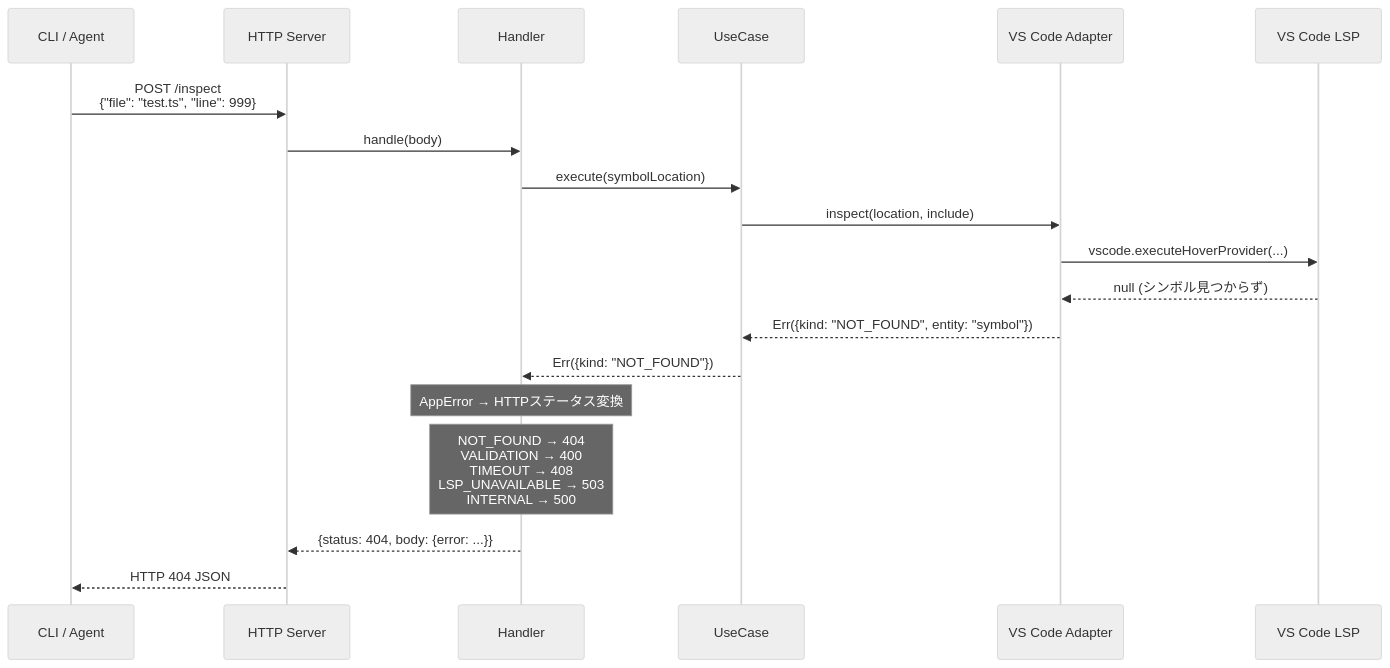
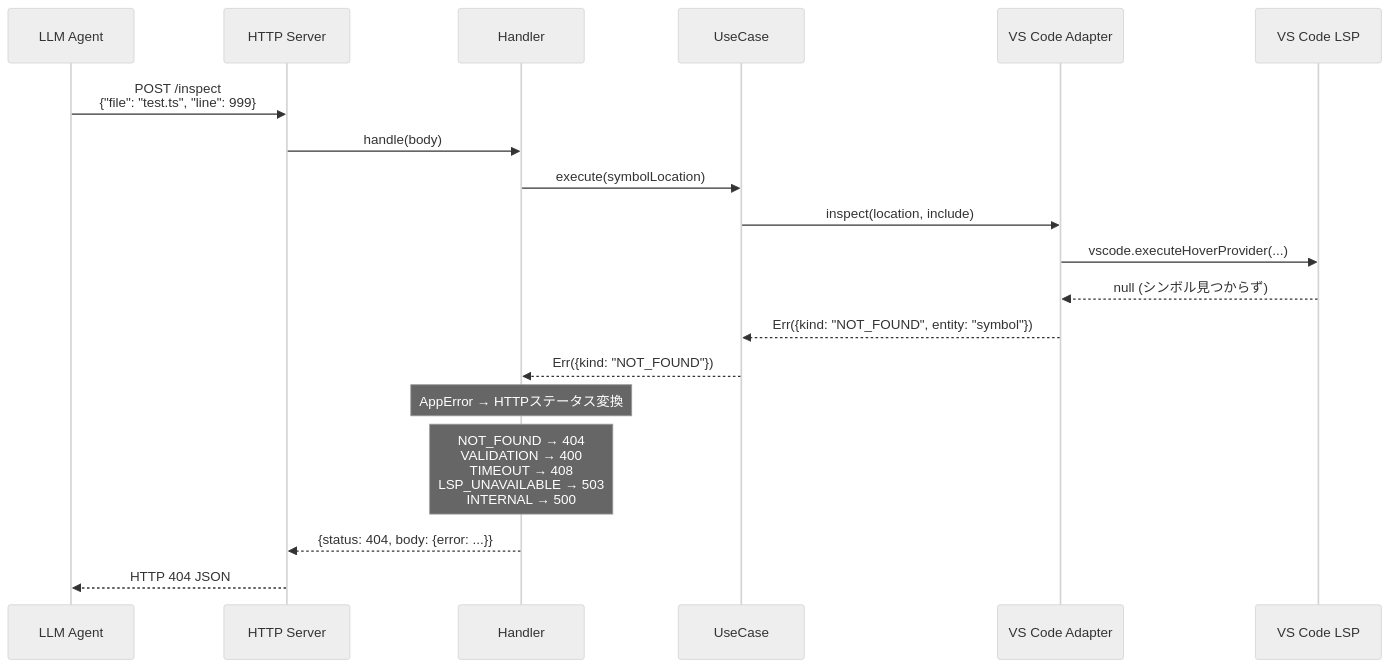
One commit to omurakazuaki/lsp-relay-vscode-extension changed the third of 6 diagrams in docs/sequence-diagram.md. Above: the diagram before and after it, drawn with Mermaid (neutral theme). The commit also changed other lines of this file and 19 other files, not shown here.

````diff
--- a/docs/sequence-diagram.md
+++ b/docs/sequence-diagram.md
@@ -134,24 +130,24 @@
 ```mermaid
 sequenceDiagram
-    participant Client as CLI / Agent
+    participant Client as LLM Agent
     participant Server as HTTP Server
     participant Handler as Handler
     participant UC as UseCase
     participant Adapter as VS Code Adapter
     participant LSP as VS Code LSP
 
     Client->>Server: POST /inspect<br/>{"file": "test.ts", "line": 999}
     Server->>Handler: handle(body)
     Handler->>UC: execute(symbolLocation)
     UC->>Adapter: inspect(location, include)
     Adapter->>LSP: vscode.executeHoverProvider(...)
     LSP-->>Adapter: null (シンボル見つからず)
     Adapter-->>UC: Err({kind: "NOT_FOUND", entity: "symbol"})
     UC-->>Handler: Err({kind: "NOT_FOUND"})
 
     Note over Handler: AppError → HTTPステータス変換
     Note over Handler: NOT_FOUND → 404<br/>VALIDATION → 400<br/>TIMEOUT → 408<br/>LSP_UNAVAILABLE → 503<br/>INTERNAL → 500
 
     Handler-->>Server: {status: 404, body: {error: ...}}
     Server-->>Client: HTTP 404 JSON
 ```
````
